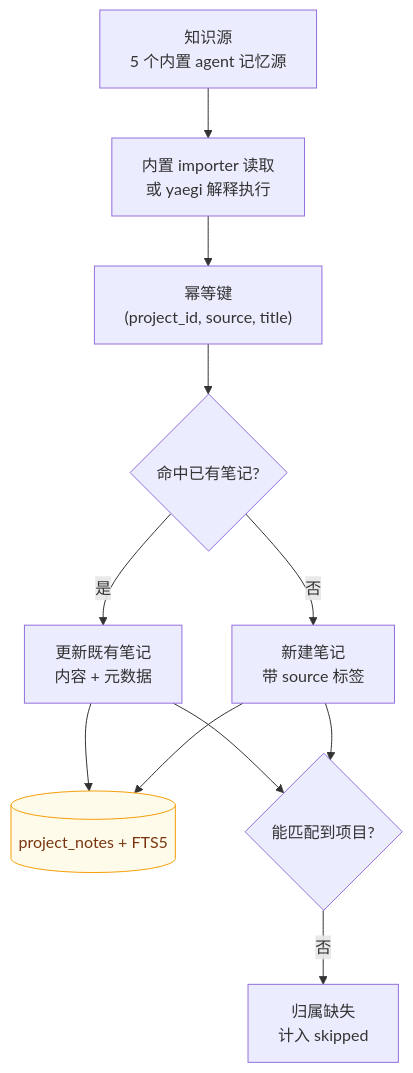
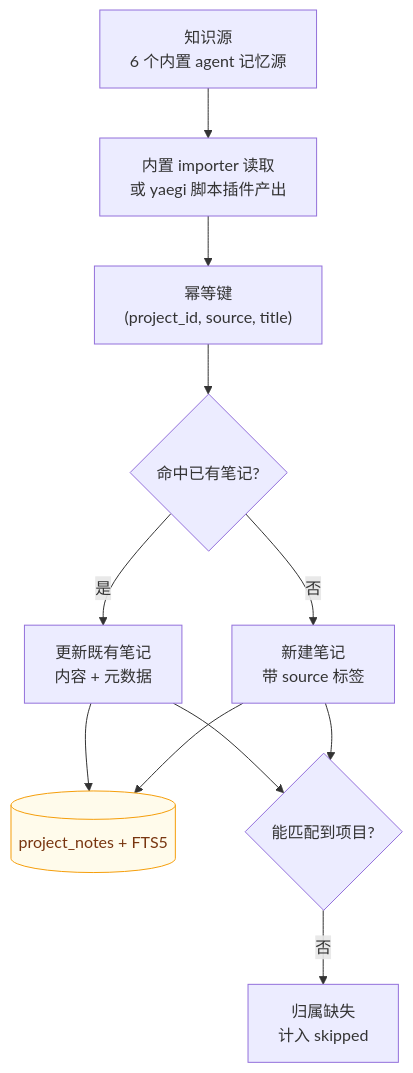
One commit to sky-jiangcheng/repo-nest changed the diagram in docs/plugins/overview.md. Above: the diagram before and after it, drawn with Mermaid. The commit also changed other lines of this file and 3 other files, not shown here.

````diff
--- a/docs/plugins/overview.md
+++ b/docs/plugins/overview.md
@@ -12,15 +12,15 @@
 ```mermaid
 flowchart TB
-    SRC["知识源<br/>5 个内置 agent 记忆源"] --> RUN["内置 importer 读取<br/>或 yaegi 解释执行"]
+    SRC["知识源<br/>6 个内置 agent 记忆源"] --> RUN["内置 importer 读取<br/>或 yaegi 脚本插件产出"]
     RUN --> KEY["幂等键<br/>(project_id, source, title)"]
     KEY --> HIT{"命中已有笔记?"}
     HIT -->|"是"| UPD["更新既有笔记<br/>内容 + 元数据"]
     HIT -->|"否"| INS["新建笔记<br/>带 source 标签"]
     UPD --> DB[("project_notes + FTS5")]
     INS --> DB
     UPD --> MATCH{"能匹配到项目?"}
     INS --> MATCH
     MATCH -->|"否"| SKIP["归属缺失<br/>计入 skipped"]
         classDef store fill:#fffbeb,stroke:#f59e0b,color:#78350f
     class DB store
 ```
````
